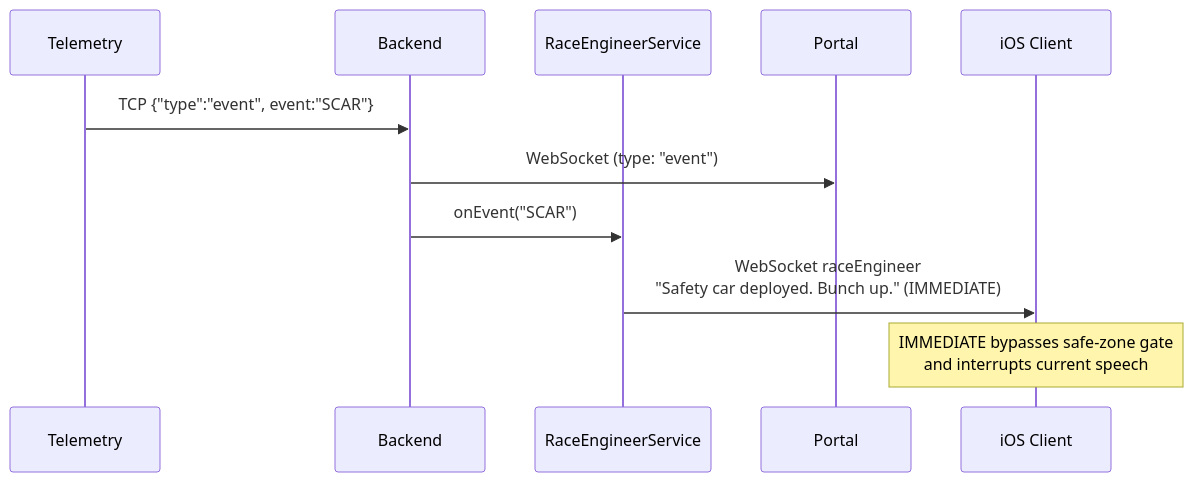
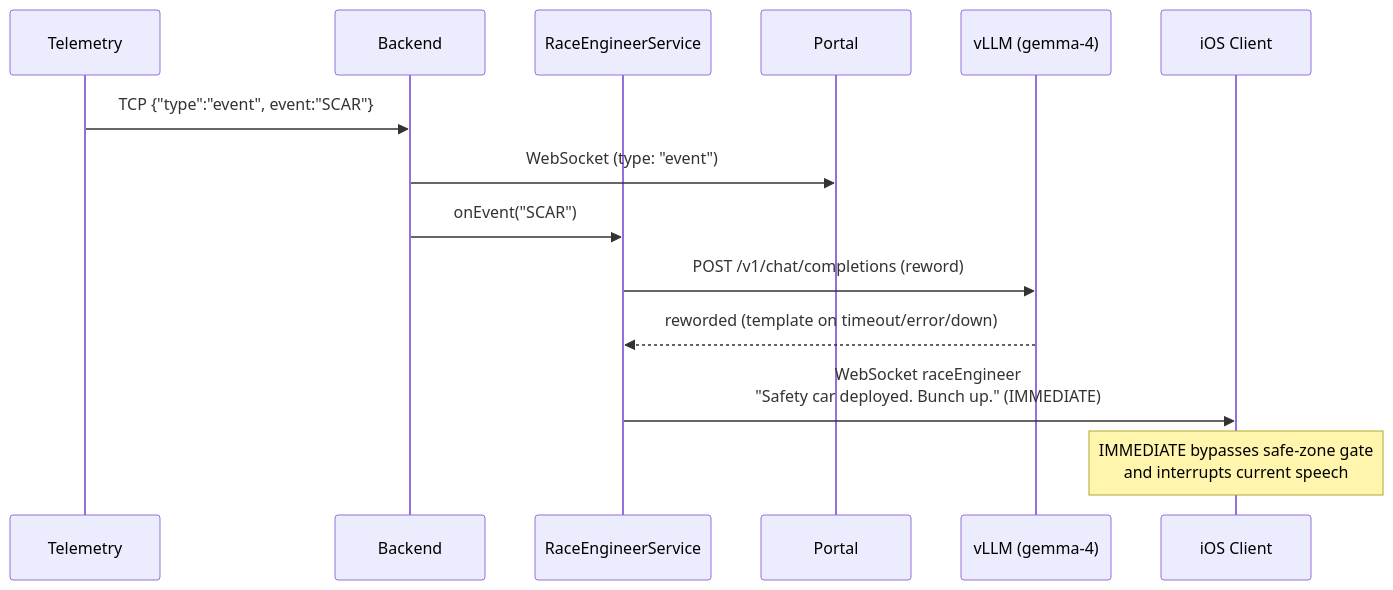
Before and after one commit to vmleon/f12025-race-strategy-simulation: the fourth of 10 diagrams in design/06-INTEGRATION.md, drawn with Mermaid. The commit also changed other lines of this file and 4 other files, not shown here.

Commit message:
docs: document vLLM component across diagrams and chapters

````diff
--- a/design/06-INTEGRATION.md
+++ b/design/06-INTEGRATION.md
@@ -147,14 +150,17 @@
 ```mermaid
 sequenceDiagram
     participant Tele as Telemetry
     participant BE as Backend
     participant Eng as RaceEngineerService
     participant Portal as Portal
+    participant LLM as vLLM (gemma-4)
     participant iOS as iOS Client
 
     Tele->>BE: TCP {"type":"event", event:"SCAR"}
     BE->>Portal: WebSocket (type: "event")
     BE->>Eng: onEvent("SCAR")
+    Eng->>LLM: POST /v1/chat/completions (reword)
+    LLM-->>Eng: reworded (template on timeout/error/down)
     Eng->>iOS: WebSocket raceEngineer<br/>"Safety car deployed. Bunch up." (IMMEDIATE)
     Note over iOS: IMMEDIATE bypasses safe-zone gate<br/>and interrupts current speech
 ```
````
